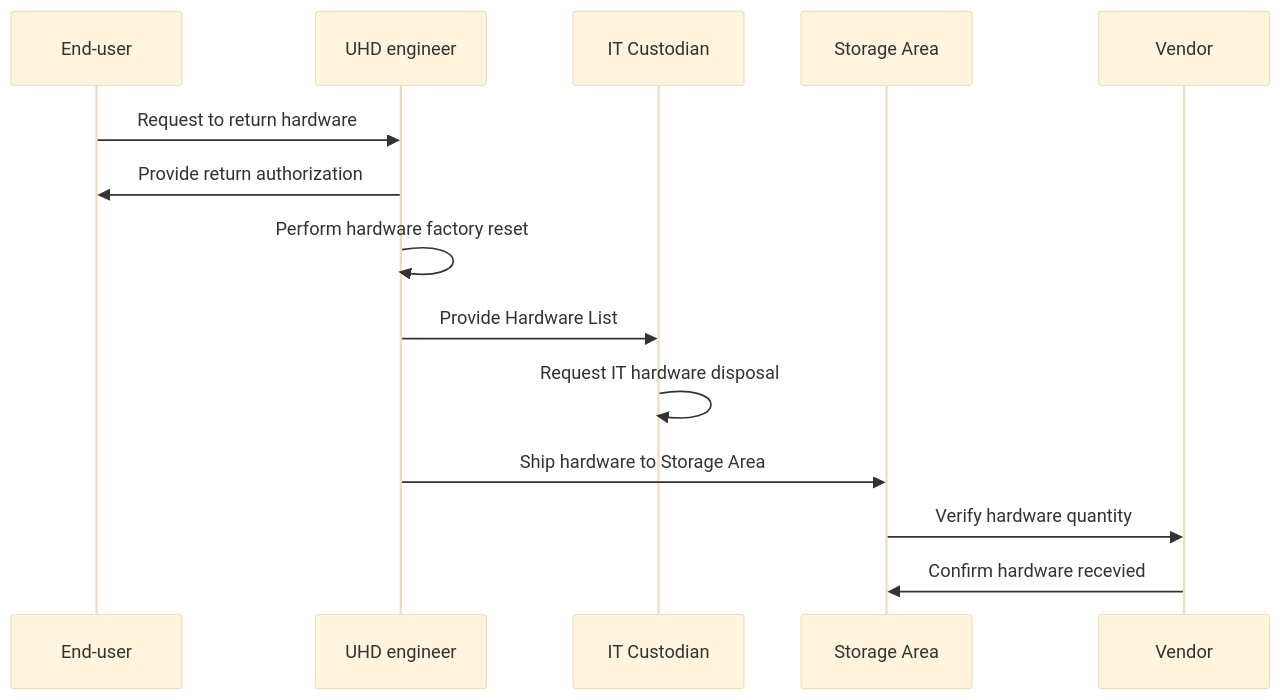
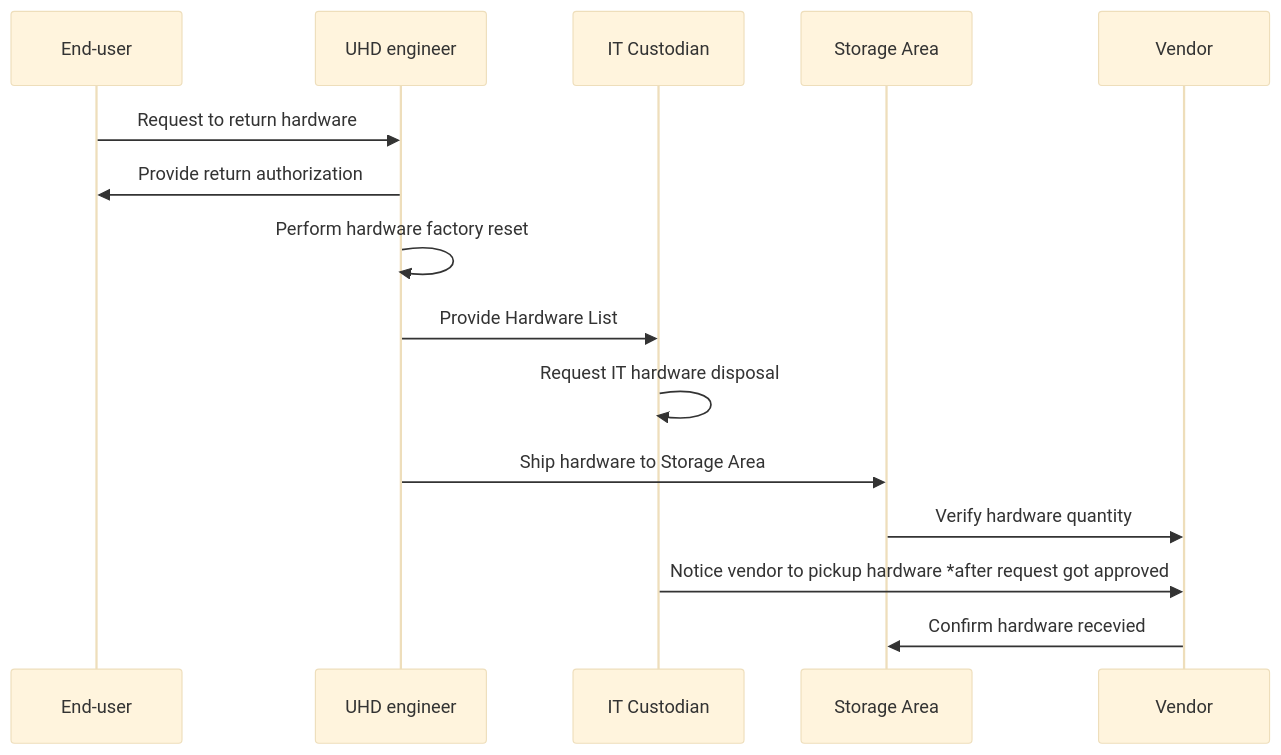
Before and after one commit to pluto133/-: the diagram in hardware return process.md, drawn with Mermaid (base theme).

Commit message:
Update hardware return process.md

````diff
--- a/hardware return process.md
+++ b/hardware return process.md
@@ -1,21 +1,22 @@
 ``` mermaid
 sequenceDiagram
     participant C as End-user
     participant SA as UHD engineer
     participant ITC as IT Custodian
     participant W as Storage Area
     participant F as Vendor
 
     C->>SA: Request to return hardware
     SA->>C: Provide return authorization
     SA->>SA: Perform hardware factory reset
     SA->>ITC: Provide Hardware List
     ITC->>ITC: Request IT hardware disposal
     SA->>W: Ship hardware to Storage Area
     #W->>SA: Receive hardware and check condition
     W->>F: Verify hardware quantity
+    ITC->>F: Notice vendor to pickup hardware *after request got approved
     F->>W: Confirm hardware recevied
     # SA->>C: Confirm return and process refund
     # C->>SA: Acknowledge refund receipt
 
 ```
````
